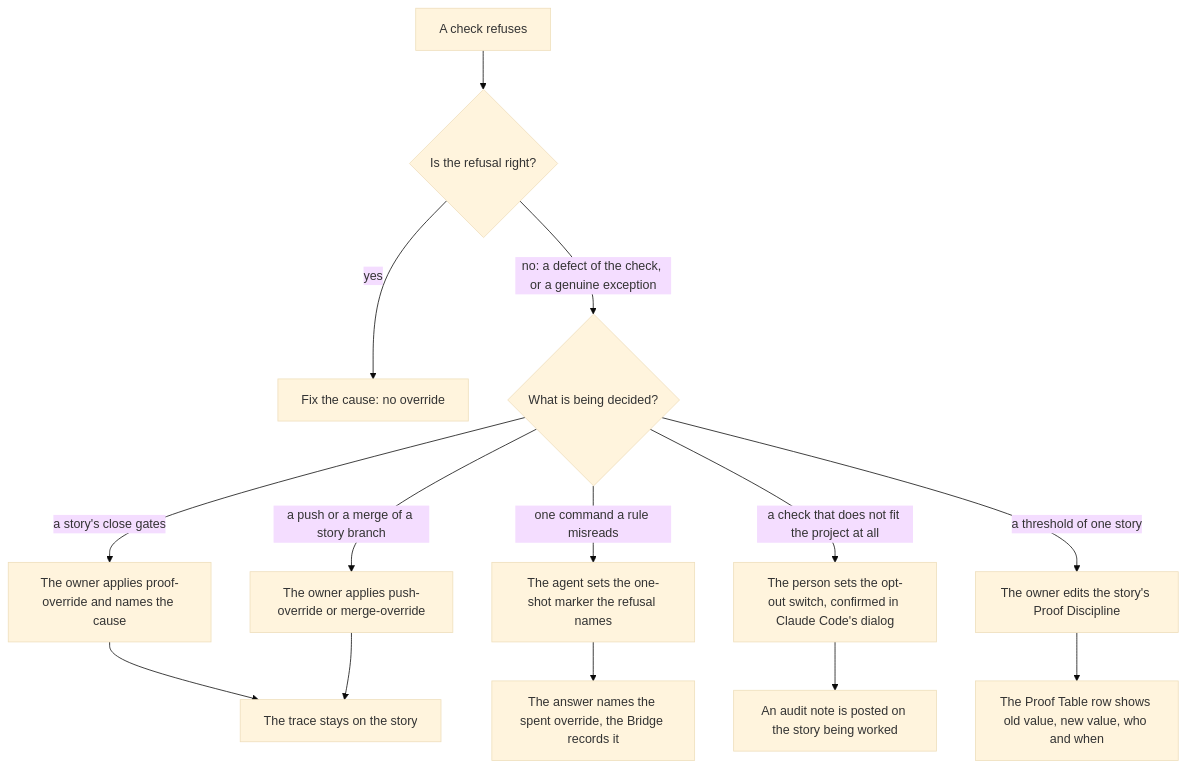
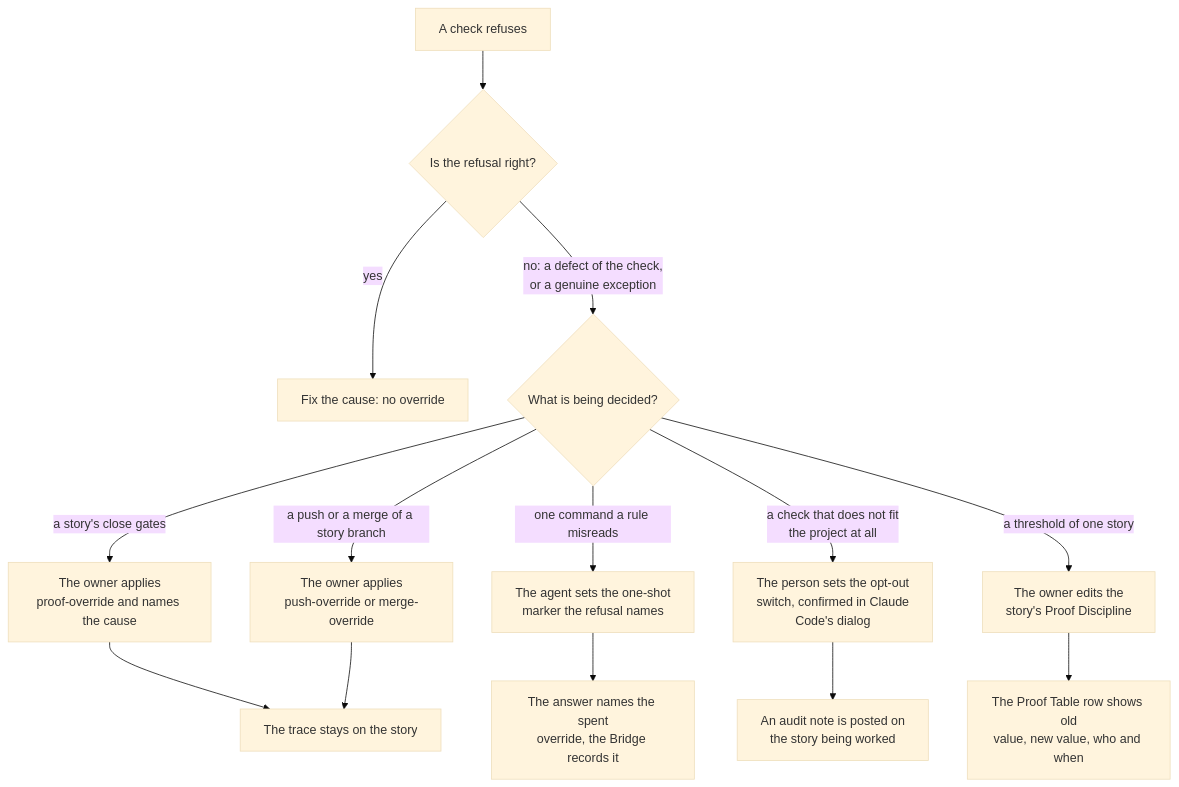
One commit to DogmaSolutions/Kyklos changed the second of 3 diagrams in docs/WORKFLOW.md. Above: the diagram before and after it, drawn with Mermaid (base theme). The commit also changed other lines of this file and 38 other files, not shown here.

````diff
--- a/docs/WORKFLOW.md
+++ b/docs/WORKFLOW.md
@@ -199,16 +199,16 @@
 ```mermaid
 flowchart TD
     R["A check refuses"] --> Q1{"Is the refusal right?"}
     Q1 -->|"yes"| FIX["Fix the cause: no override"]
-    Q1 -->|"no: a defect of the check, or a genuine exception"| Q2{"What is being decided?"}
-    Q2 -->|"a story's close gates"| L1["The owner applies proof-override and names the cause"]
-    Q2 -->|"a push or a merge of a story branch"| L2["The owner applies push-override or merge-override"]
-    Q2 -->|"one command a rule misreads"| M["The agent sets the one-shot marker the refusal names"]
-    Q2 -->|"a check that does not fit the project at all"| S["The person sets the opt-out switch, confirmed in Claude Code's dialog"]
-    Q2 -->|"a threshold of one story"| PD["The owner edits the story's Proof Discipline"]
+    Q1 -->|"no: a defect of the check,<br/>or a genuine exception"| Q2{"What is being decided?"}
+    Q2 -->|"a story's close gates"| L1["The owner applies<br/>proof-override and names the cause"]
+    Q2 -->|"a push or a merge of a story branch"| L2["The owner applies<br/>push-override or merge-override"]
+    Q2 -->|"one command a rule misreads"| M["The agent sets the one-shot<br/>marker the refusal names"]
+    Q2 -->|"a check that does not fit<br/>the project at all"| S["The person sets the opt-out<br/>switch, confirmed in Claude<br/>Code's dialog"]
+    Q2 -->|"a threshold of one story"| PD["The owner edits the<br/>story's Proof Discipline"]
     L1 --> T["The trace stays on the story"]
     L2 --> T
-    M --> T2["The answer names the spent override, the Bridge records it"]
-    S --> T3["An audit note is posted on the story being worked"]
-    PD --> T4["The Proof Table row shows old value, new value, who and when"]
+    M --> T2["The answer names the spent<br/>override, the Bridge records it"]
+    S --> T3["An audit note is posted on<br/>the story being worked"]
+    PD --> T4["The Proof Table row shows old<br/>value, new value, who and when"]
 ```
````
